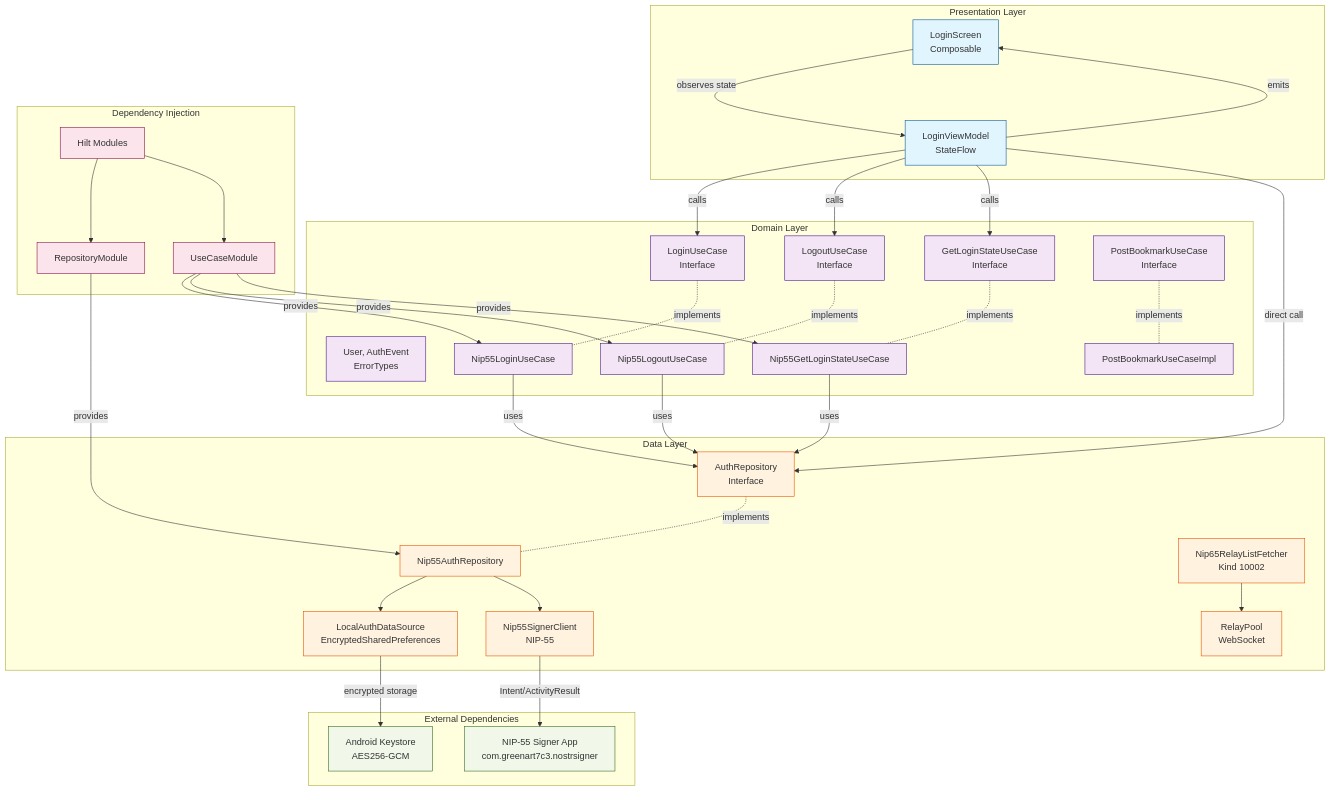
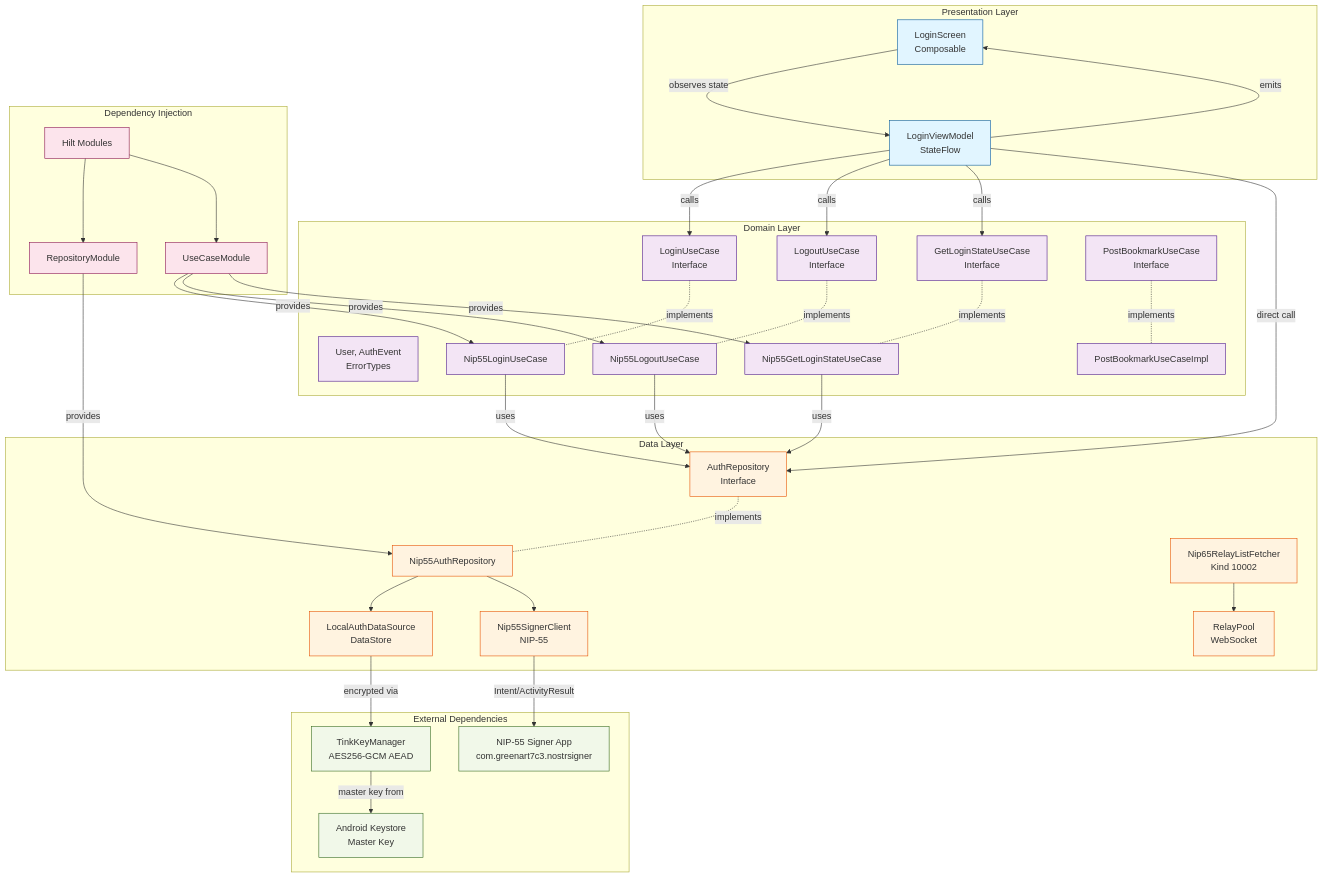
One commit to Omochice/Pinosu changed the diagram in .kiro/steering/structure.md. Above: the diagram before and after it, drawn with Mermaid.

Commit message:
docs: update architecture diagram to reflect DataStore + Tink migration
The diagram previously showed EncryptedSharedPreferences and Android
Keystore, which no longer matches the actual implementation after
migrating to DataStore with Tink encryption.

````diff
--- a/.kiro/steering/structure.md
+++ b/.kiro/steering/structure.md
@@ -10,79 +10,81 @@
 ```mermaid
 graph TB
     subgraph "Presentation Layer"
         UI[LoginScreen<br/>Composable]
         VM[LoginViewModel<br/>StateFlow]
         UI -->|observes state| VM
         VM -->|emits| UI
     end
 
     subgraph "Domain Layer"
         UC_Login[LoginUseCase<br/>Interface]
         UC_Logout[LogoutUseCase<br/>Interface]
         UC_GetState[GetLoginStateUseCase<br/>Interface]
         UC_PostBookmark[PostBookmarkUseCase<br/>Interface]
         Model[User, AuthEvent<br/>ErrorTypes]
 
         UC_Login -.implements.- UC_Login_Impl[Nip55LoginUseCase]
         UC_Logout -.implements.- UC_Logout_Impl[Nip55LogoutUseCase]
         UC_GetState -.implements.- UC_GetState_Impl[Nip55GetLoginStateUseCase]
         UC_PostBookmark -.implements.- UC_PostBookmark_Impl[PostBookmarkUseCaseImpl]
     end
 
     subgraph "Data Layer"
         Repo[AuthRepository<br/>Interface]
         RepoImpl[Nip55AuthRepository]
-        LocalDS[LocalAuthDataSource<br/>EncryptedSharedPreferences]
+        LocalDS[LocalAuthDataSource<br/>DataStore]
         Nip55Client[Nip55SignerClient<br/>NIP-55]
         Nip65Fetcher[Nip65RelayListFetcher<br/>Kind 10002]
         RelayPool[RelayPool<br/>WebSocket]
 
         Repo -.implements.- RepoImpl
         RepoImpl --> LocalDS
         RepoImpl --> Nip55Client
         Nip65Fetcher --> RelayPool
     end
 
     subgraph "External Dependencies"
         Nip55Signer[NIP-55 Signer App<br/>com.greenart7c3.nostrsigner]
-        Keystore[Android Keystore<br/>AES256-GCM]
+        TinkKeyManager[TinkKeyManager<br/>AES256-GCM AEAD]
+        AndroidKeystore[Android Keystore<br/>Master Key]
 
         Nip55Client -->|Intent/ActivityResult| Nip55Signer
-        LocalDS -->|encrypted storage| Keystore
+        LocalDS -->|encrypted via| TinkKeyManager
+        TinkKeyManager -->|master key from| AndroidKeystore
     end
 
     subgraph "Dependency Injection"
         Hilt[Hilt Modules]
         RepoModule[RepositoryModule]
         UCModule[UseCaseModule]
 
         Hilt --> RepoModule
         Hilt --> UCModule
     end
 
     VM -->|calls| UC_Login
     VM -->|calls| UC_Logout
     VM -->|calls| UC_GetState
     VM -->|direct call| Repo
 
     UC_Login_Impl -->|uses| Repo
     UC_Logout_Impl -->|uses| Repo
     UC_GetState_Impl -->|uses| Repo
 
     RepoModule -->|provides| RepoImpl
     UCModule -->|provides| UC_Login_Impl
     UCModule -->|provides| UC_Logout_Impl
     UCModule -->|provides| UC_GetState_Impl
 
     classDef presentation fill:#e1f5ff,stroke:#01579b
     classDef domain fill:#f3e5f5,stroke:#4a148c
     classDef data fill:#fff3e0,stroke:#e65100
     classDef external fill:#f1f8e9,stroke:#33691e
     classDef di fill:#fce4ec,stroke:#880e4f
 
     class UI,VM presentation
     class UC_Login,UC_Logout,UC_GetState,UC_PostBookmark,UC_Login_Impl,UC_Logout_Impl,UC_GetState_Impl,UC_PostBookmark_Impl,Model domain
     class Repo,RepoImpl,LocalDS,Nip55Client,Nip65Fetcher,RelayPool data
-    class Nip55Signer,Keystore external
+    class Nip55Signer,TinkKeyManager,AndroidKeystore external
     class Hilt,RepoModule,UCModule di
 ```
````
